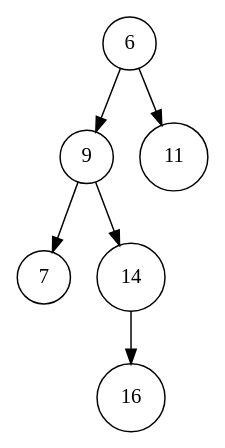
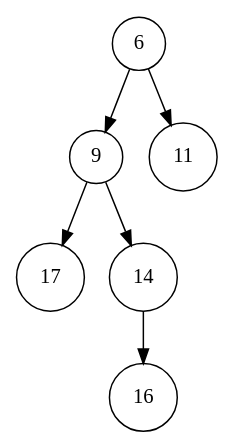
The diagram in datastruct/heap/other-heaps/img/right-merge-1.dot (liuxinyu95/AlgoXY), drawn with Graphviz before and after one commit. The commit also changed 5 other files, not shown here.

Commit message:
Fixed error's in pairing heap figure

```diff
--- a/datastruct/heap/other-heaps/img/right-merge-1.dot
+++ b/datastruct/heap/other-heaps/img/right-merge-1.dot
@@ -1,17 +1,16 @@
 digraph G{
-	margin="0"
 	node[shape=circle]
 	t6[label="6"];
 	t69[label="9"];
-	t697[label="7"];
+	t6917[label="17"];
 	t6914[label="14"];
 	t691416[label="16"];
 	t6914->t691416;
-	{rank=same t697->t6914[style=invis]}
-	t69->t697;
+	{rank=same t6917->t6914[style=invis]}
+	t69->t6917;
 	t69->t6914;
 	t611[label="11"];
 	{rank=same t69->t611[style=invis]}
 	t6->t69;
 	t6->t611;
 }
```
